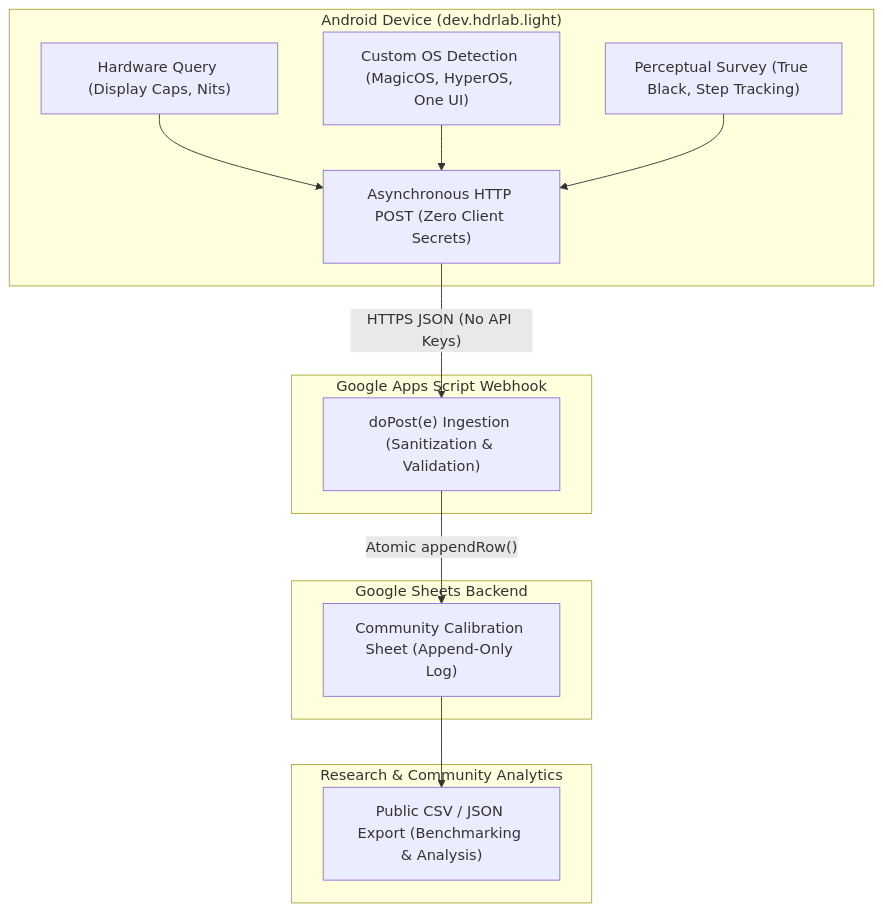
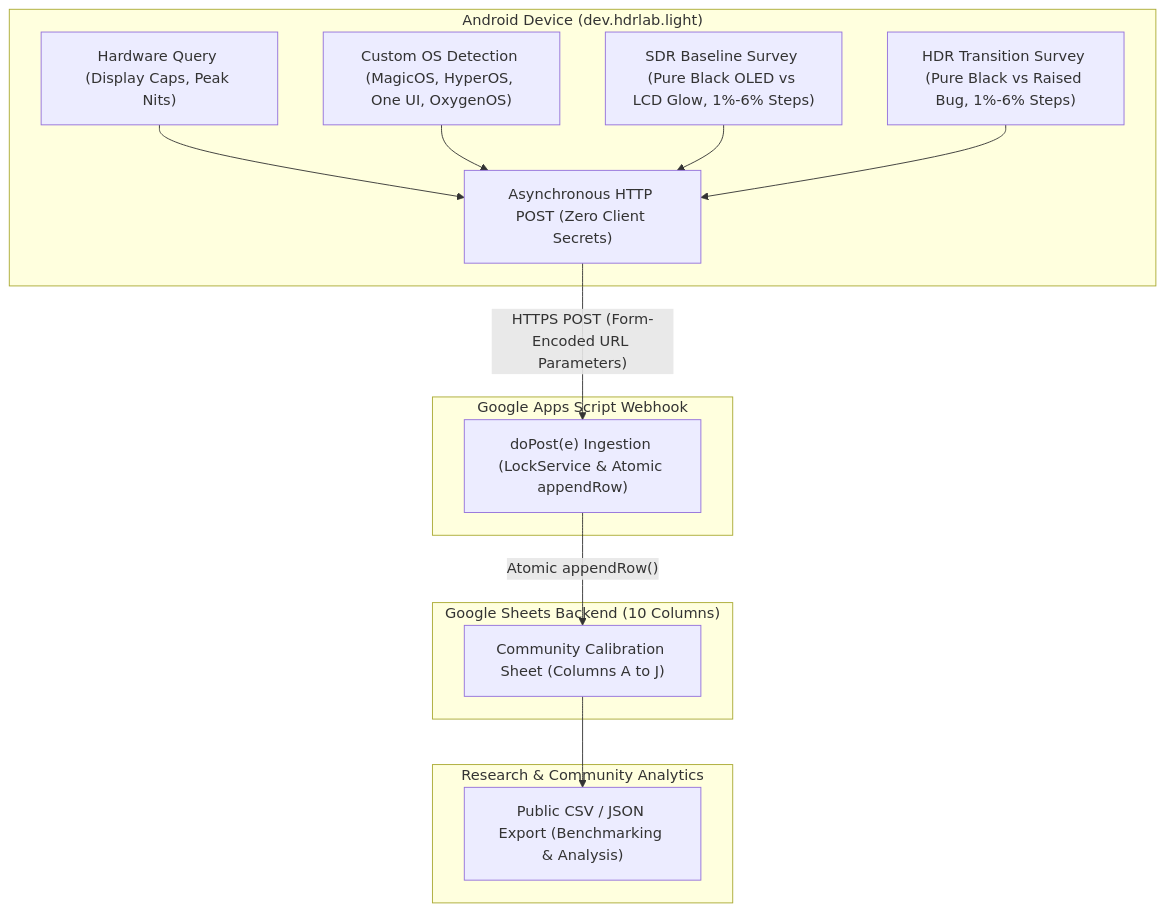
One commit to xXCh1coriaXx/HDR-LAB changed the diagram in docs/COMMUNITY_DATABASE.md. Above: the diagram before and after it, drawn with Mermaid. The commit also changed other lines of this file and 11 other files, not shown here.

Commit message:
feat: release v0.1.6 with comparative SDR vs HDR report and 10-column database

````diff
--- a/docs/COMMUNITY_DATABASE.md
+++ b/docs/COMMUNITY_DATABASE.md
@@ -19,25 +19,26 @@
 ```mermaid
 flowchart TD
     subgraph AndroidDevice ["Android Device (dev.hdrlab.light)"]
-        A["Hardware Query (Display Caps, Nits)"]
-        B["Custom OS Detection (MagicOS, HyperOS, One UI)"]
-        C["Perceptual Survey (True Black, Step Tracking)"]
-        A & B & C --> D["Asynchronous HTTP POST (Zero Client Secrets)"]
+        A["Hardware Query (Display Caps, Peak Nits)"]
+        B["Custom OS Detection (MagicOS, HyperOS, One UI, OxygenOS)"]
+        C["SDR Baseline Survey (Pure Black OLED vs LCD Glow, 1%-6% Steps)"]
+        D["HDR Transition Survey (Pure Black vs Raised Bug, 1%-6% Steps)"]
+        A & B & C & D --> E["Asynchronous HTTP POST (Zero Client Secrets)"]
     end
 
     subgraph Webhook ["Google Apps Script Webhook"]
-        E["doPost(e) Ingestion (Sanitization & Validation)"]
+        F["doPost(e) Ingestion (LockService & Atomic appendRow)"]
     end
 
-    subgraph Database ["Google Sheets Backend"]
-        F["Community Calibration Sheet (Append-Only Log)"]
+    subgraph Database ["Google Sheets Backend (10 Columns)"]
+        G["Community Calibration Sheet (Columns A to J)"]
     end
 
     subgraph Analytics ["Research & Community Analytics"]
-        G["Public CSV / JSON Export (Benchmarking & Analysis)"]
+        H["Public CSV / JSON Export (Benchmarking & Analysis)"]
     end
 
-    D -->|"HTTPS JSON (No API Keys)"| E
-    E -->|"Atomic appendRow()"| F
-    F --> G
+    E -->|"HTTPS POST (Form-Encoded URL Parameters)"| F
+    F -->|"Atomic appendRow()"| G
+    G --> H
 ```
````
